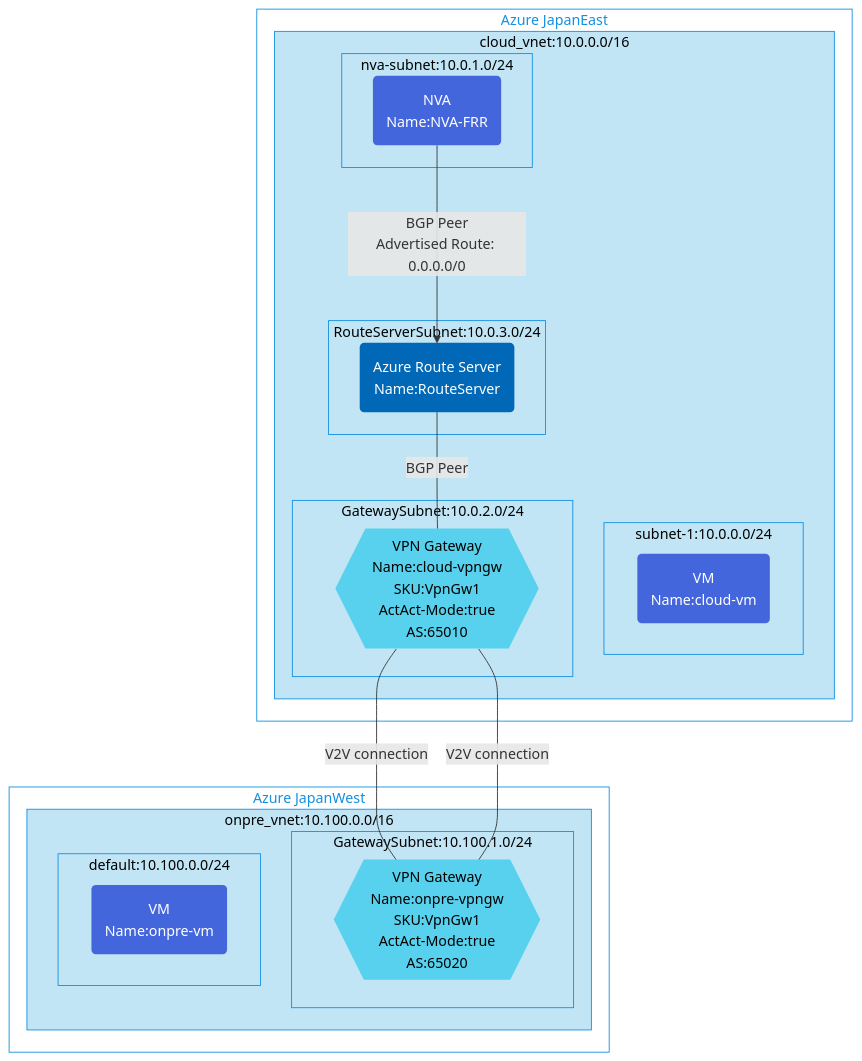
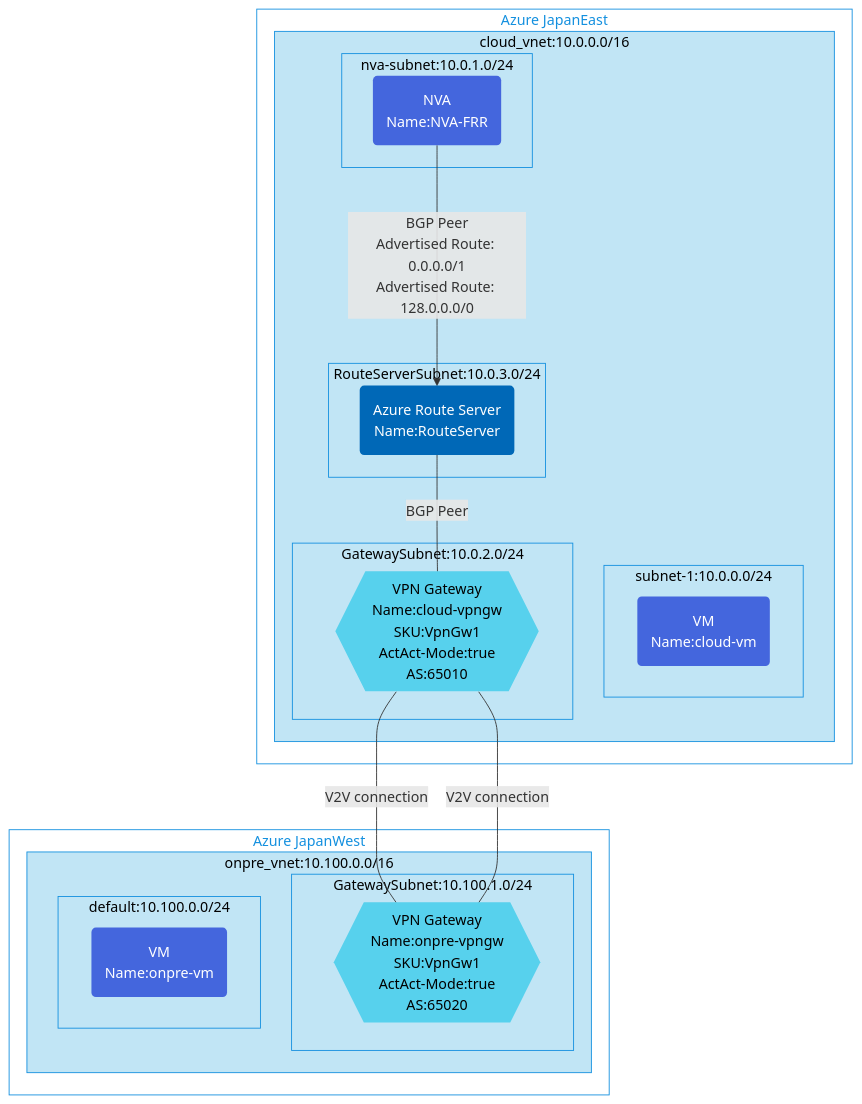
One commit to toizumi03/bicep-templates changed the diagram in nva-advertised-defaultroute-toRS/README.md. Above: the diagram before and after it, drawn with Mermaid.

````diff
--- a/nva-advertised-defaultroute-toRS/README.md
+++ b/nva-advertised-defaultroute-toRS/README.md
@@ -3,60 +3,60 @@
 ```mermaid
 graph TB;
 %% Groups and Services
 subgraph GR2[Azure JapanWest]
   subgraph GV2[onpre_vnet:10.100.0.0/16]
      subgraph GVS6[GatewaySubnet:10.100.1.0/24]
       VPNGW2{{"VPN Gateway<br/>Name:onpre-vpngw<br/>SKU:VpnGw1<br/>ActAct-Mode:true<br/>AS:65020"}}
     end
       subgraph GVS7[default:10.100.0.0/24]
         CP3("VM<br/>Name:onpre-vm")
     end
 end
 end
 subgraph GR1[Azure JapanEast]
   subgraph GV1[cloud_vnet:10.0.0.0/16]
       subgraph GVS1[subnet-1:10.0.0.0/24]
         CP1("VM<br/>Name:cloud-vm")
       end
       subgraph GVS2[nva-subnet:10.0.1.0/24]
         CP2("NVA<br/>Name:NVA-FRR")
       end
       subgraph GVS4[RouteServerSubnet:10.0.3.0/24]
         RS("Azure Route Server<br/>Name:RouteServer")
       end
       subgraph GVS3[GatewaySubnet:10.0.2.0/24]
         VPNGW1{{"VPN Gateway<br/>Name:cloud-vpngw<br/>SKU:VpnGw1<br/>ActAct-Mode:true<br/>AS:65010"}}
       end
 end
 end
 
 %% Relation for resources
 VPNGW1 --V2V connection--- VPNGW2
 VPNGW1 --V2V connection--- VPNGW2
-CP2 --BGP Peer<br/>Advertised Route: 0.0.0.0/0---> RS
+CP2 --BGP Peer<br/>Advertised Route: 0.0.0.0/1<br/>Advertised Route: 128.0.0.0/0---> RS
 RS --BGP Peer--- VPNGW1
 
 %% Groups style
 classDef GSR fill:#fff,color:#1490df,stroke:#1490df
 class GR1,GR2 GSR
 
 classDef SGV1 fill:#c1e5f5,color:#000,stroke:#1490df
 class GV1,GVS1,GVS2,GVS3,GVS4,GVS5,GVS6,GVS7 SGV1
 
 classDef SGV2 fill:#c1e5f5,color:#000,stroke:#1490df
 class GV2 SGV2
  
 %% Service Style
 classDef SCP fill:#4466dd,color:#fff,stroke:none
 class CP1,CP2,CP3 SCP
 
 classDef SVPNGW fill:#57d1ed,color:#000,stroke:none
 class VPNGW1,VPNGW2 SVPNGW
 
 classDef SRS fill:#0068b7,color:#fff,stroke:none
 class RS SRS
 
 classDef SLNGW fill:#70b126,color:#fff,stroke:none
 class LNGW1,LNGW2 SLNGW
 
 ```
````
